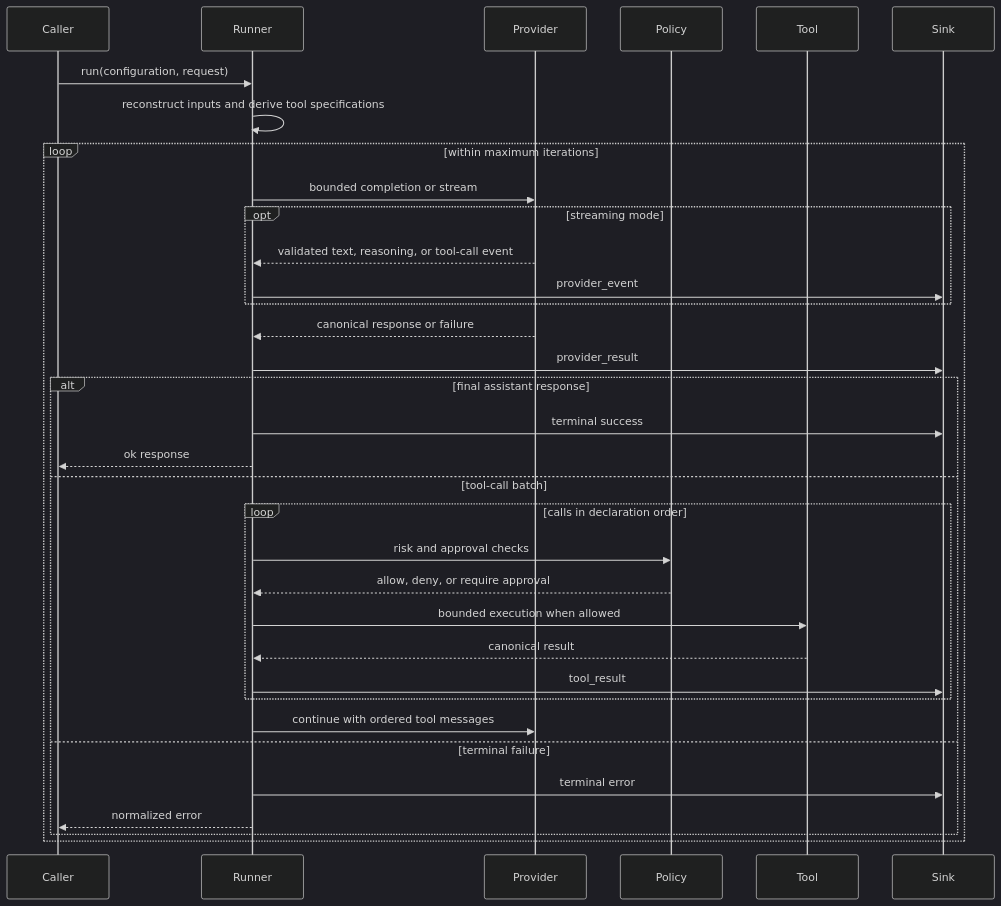
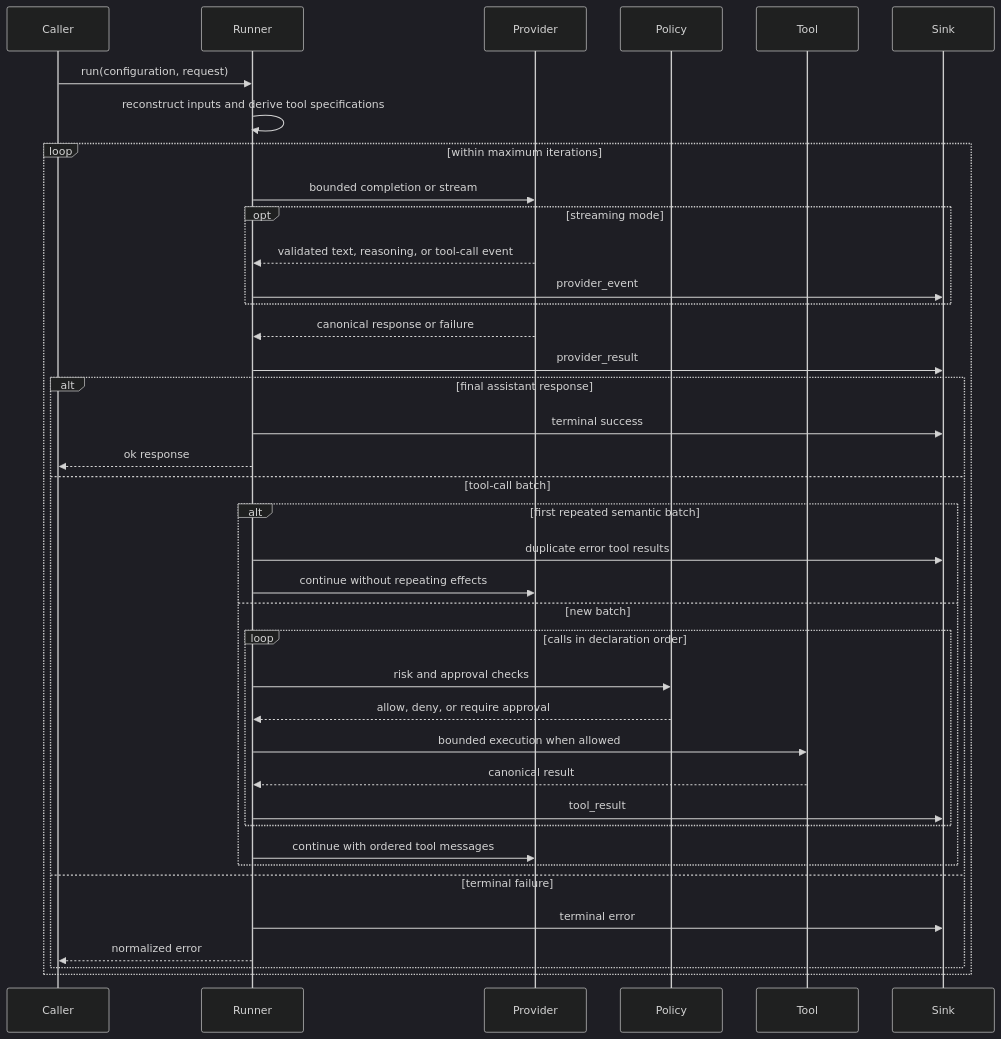
The diagram in docs/runner.md (ccarvalho-eng/draught), drawn with Mermaid (dark theme) before and after one commit. The commit also changed other lines of this file and 13 other files, not shown here.

Commit message:
fix(runner): recover repeated tool calls (#122)

````diff
--- a/docs/runner.md
+++ b/docs/runner.md
@@ -56,39 +56,44 @@
 ```mermaid
 sequenceDiagram
   participant Caller
   participant Runner
   participant Provider
   participant Policy
   participant Tool
   participant Sink
 
   Caller->>Runner: run(configuration, request)
   Runner->>Runner: reconstruct inputs and derive tool specifications
 
   loop within maximum iterations
     Runner->>Provider: bounded completion or stream
     opt streaming mode
       Provider-->>Runner: validated text, reasoning, or tool-call event
       Runner->>Sink: provider_event
     end
     Provider-->>Runner: canonical response or failure
     Runner->>Sink: provider_result
 
     alt final assistant response
       Runner->>Sink: terminal success
       Runner-->>Caller: ok response
     else tool-call batch
-      loop calls in declaration order
-        Runner->>Policy: risk and approval checks
-        Policy-->>Runner: allow, deny, or require approval
-        Runner->>Tool: bounded execution when allowed
-        Tool-->>Runner: canonical result
-        Runner->>Sink: tool_result
+      alt first repeated semantic batch
+        Runner->>Sink: duplicate error tool results
+        Runner->>Provider: continue without repeating effects
+      else new batch
+        loop calls in declaration order
+          Runner->>Policy: risk and approval checks
+          Policy-->>Runner: allow, deny, or require approval
+          Runner->>Tool: bounded execution when allowed
+          Tool-->>Runner: canonical result
+          Runner->>Sink: tool_result
+        end
+        Runner->>Provider: continue with ordered tool messages
       end
-      Runner->>Provider: continue with ordered tool messages
     else terminal failure
       Runner->>Sink: terminal error
       Runner-->>Caller: normalized error
     end
   end
 ```
````
